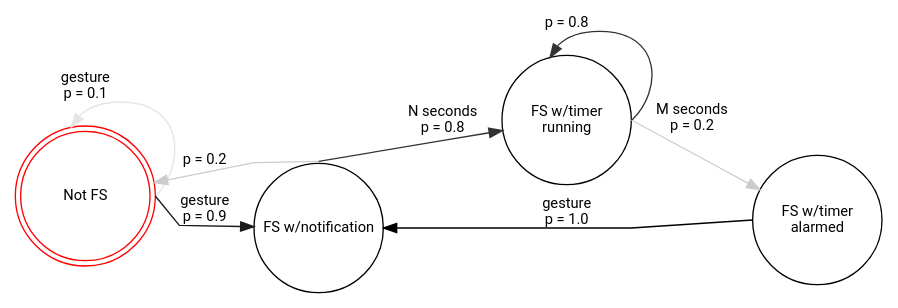
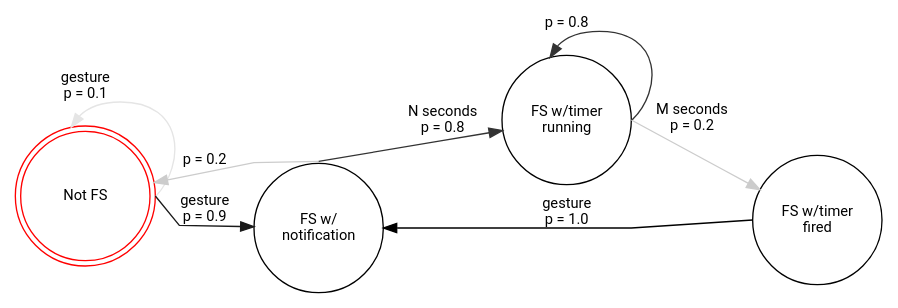
Before and after one commit to adrifelt/ux-model-graphs: the diagram in 06-full-screen.dot, drawn with Graphviz.

Commit message:
Improve the labels in the full screen model.

```diff
--- a/06-full-screen.dot
+++ b/06-full-screen.dot
@@ -1,62 +1,62 @@
 digraph {
   splines = polyline;
   rankdir=LR;
   node [
     shape = circle
     fontname = "Roboto"
     fontsize = 11
     width = 1.35
     margin = 0
   ];
   edge [
     fontname = "Roboto"
     fontsize = 11
   ];
 
   nfs [
     label = "Not FS"
     color = red
     shape = doublecircle
   ];
   fs_notif [
-    label = "FS w/notification"
+    label = "FS w/\nnotification"
   ];
   fs_timer [
     label = "FS w/timer\nrunning"
   ];
-  fs_alarmed [
-    label = "FS w/timer\nalarmed"
+  fs_fired [
+    label = "FS w/timer\nfired"
   ];
 
   nfs:e -> fs_notif [
     label = "gesture\np = 0.9"
     color = grey10
   ];
   nfs:e -> nfs [
     label = "gesture\np = 0.1"
     color = grey90
   ];
 
   fs_notif:n -> fs_timer [
     label = "N seconds\np = 0.8"
     color = grey20
   ];
   fs_notif:n -> nfs [
     label = "p = 0.2"
     color = grey80
   ];
 
-  fs_timer:e -> fs_alarmed [
+  fs_timer:e -> fs_fired [
     label = "M seconds\np = 0.2"
     color = grey80
   ];
   fs_timer:e -> fs_timer [
     label = "p = 0.8"
     color = grey20
   ];
 
-  fs_alarmed:w -> fs_notif [
+  fs_fired:w -> fs_notif [
     label = "gesture\np = 1.0"
     color = black
   ];
 }
```
